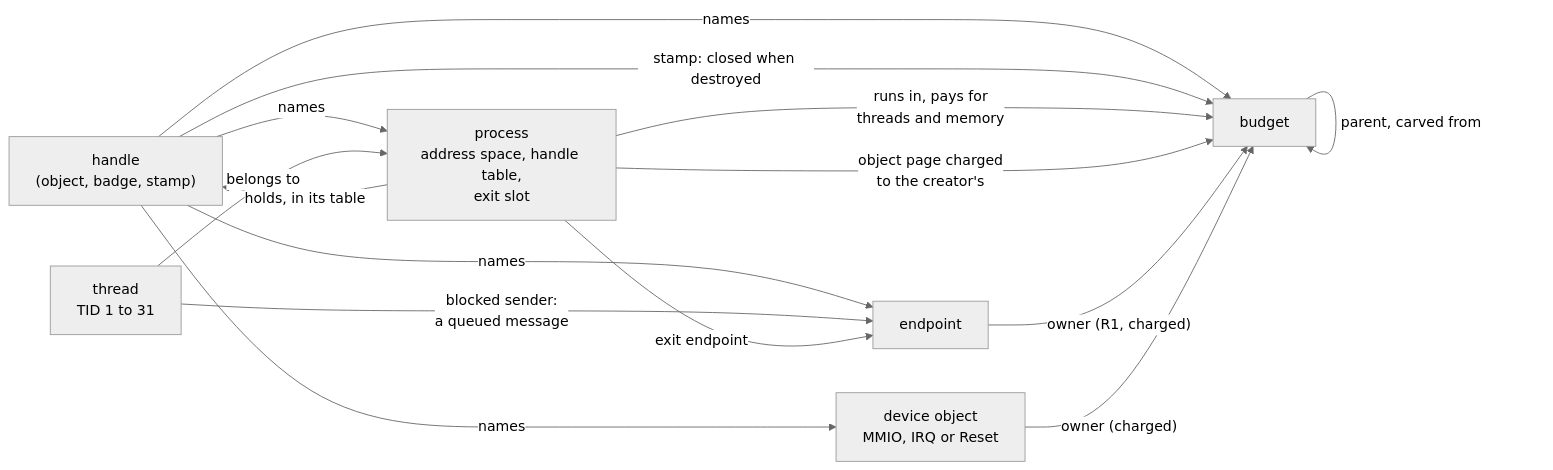
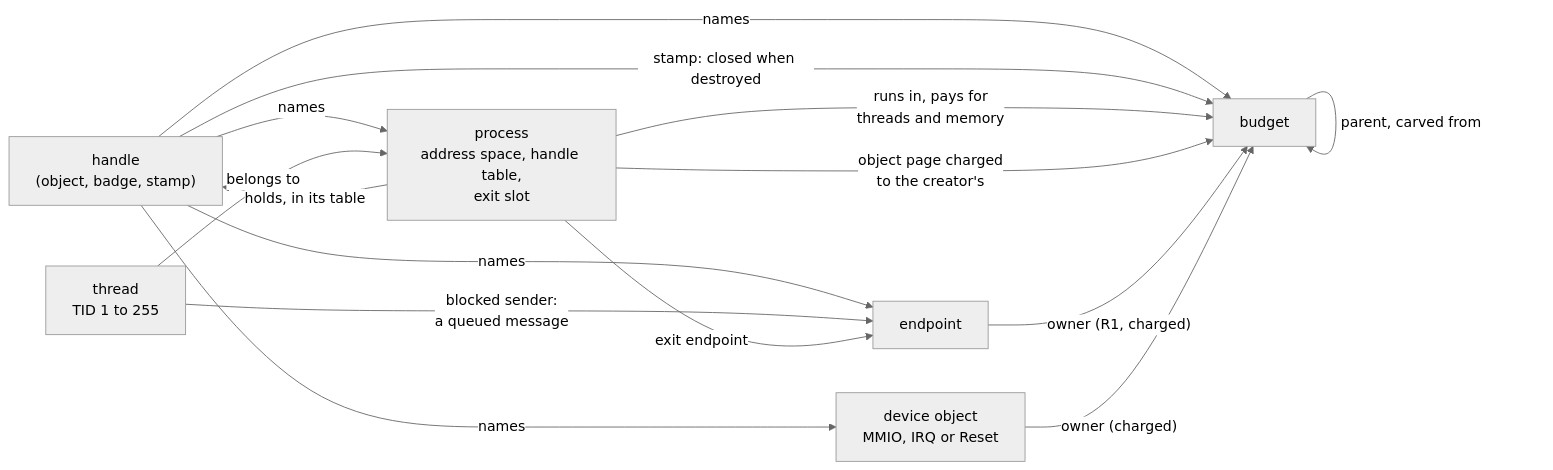
The diagram in docs/kernel/README.md (sirmick/redoubt), drawn with Mermaid (neutral theme) before and after one commit. The commit also changed other lines of this file and 55 other files, not shown here.

````diff
--- a/docs/kernel/README.md
+++ b/docs/kernel/README.md
@@ -100,23 +100,23 @@
 ```mermaid
 flowchart LR
     H["handle<br/>(object, badge, stamp)"]
     P["process<br/>address space, handle table,<br/>exit slot"]
-    T["thread<br/>TID 1 to 31"]
+    T["thread<br/>TID 1 to 255"]
     E["endpoint"]
     D["device object<br/>MMIO, IRQ or Reset"]
     B["budget"]
     P -- "holds, in its table" --> H
     H -- names --> B
     H -- names --> E
     H -- names --> D
     H -- names --> P
     H -- "stamp: closed when destroyed" --> B
     T -- "belongs to" --> P
     T -- "blocked sender:<br/>a queued message" --> E
     P -- "runs in, pays for<br/>threads and memory" --> B
     P -- "object page charged<br/>to the creator's" --> B
     P -- "exit endpoint" --> E
     E -- "owner (R1, charged)" --> B
     D -- "owner (charged)" --> B
     B -- "parent, carved from" --> B
 ```
````
